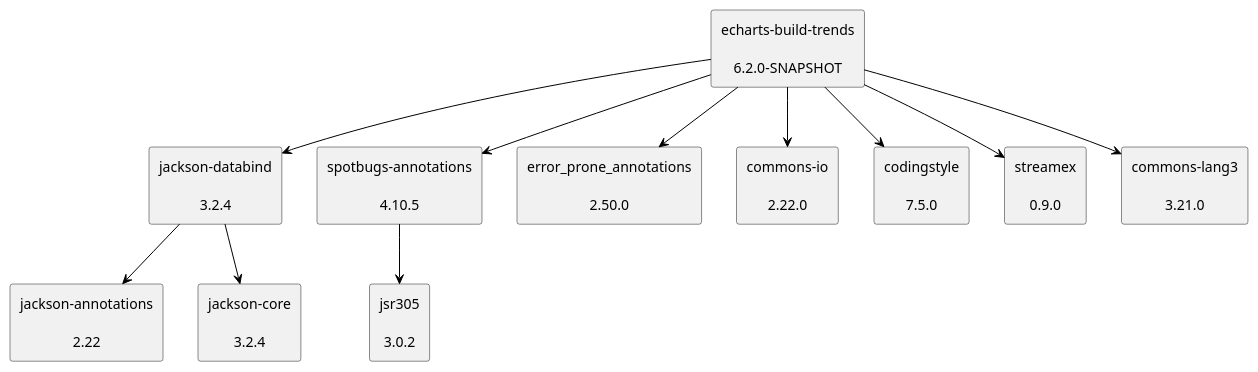
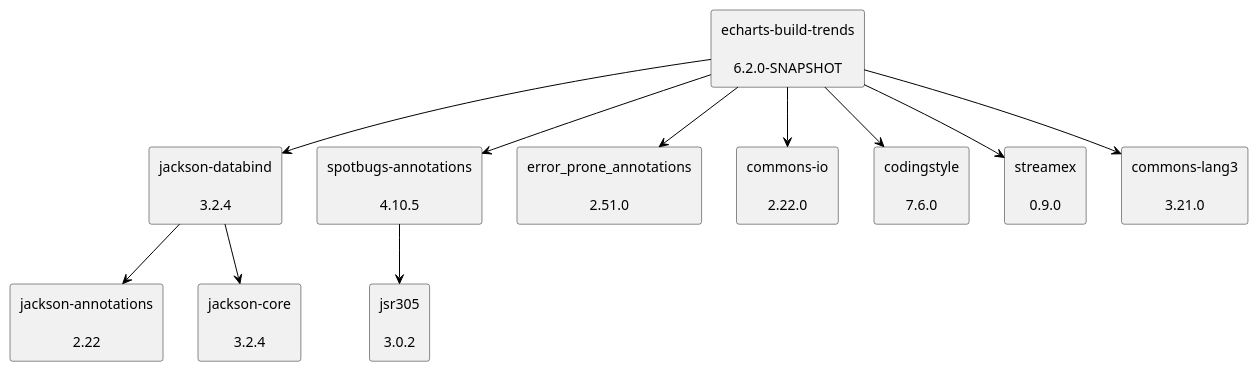
One commit to uhafner/echarts-build-trends changed the diagram in doc/dependency-graph.puml. Above: the diagram before and after it, drawn with PlantUML.

Commit message:
Update dependency graph to latest versions from POM

```diff
--- a/doc/dependency-graph.puml
+++ b/doc/dependency-graph.puml
@@ -1,30 +1,30 @@
 @startuml
 skinparam defaultTextAlignment center
 skinparam rectangle {
   BackgroundColor<<optional>> beige
   BackgroundColor<<test>> lightGreen
   BackgroundColor<<runtime>> lightBlue
   BackgroundColor<<provided>> lightGray
 }
 rectangle "jackson-databind\n\n3.2.4" as tools_jackson_core_jackson_databind_jar
 rectangle "jackson-annotations\n\n2.22" as com_fasterxml_jackson_core_jackson_annotations_jar
 rectangle "jackson-core\n\n3.2.4" as tools_jackson_core_jackson_core_jar
 rectangle "echarts-build-trends\n\n6.2.0-SNAPSHOT" as edu_hm_hafner_echarts_build_trends_jar
 rectangle "spotbugs-annotations\n\n4.10.5" as com_github_spotbugs_spotbugs_annotations_jar
 rectangle "jsr305\n\n3.0.2" as com_google_code_findbugs_jsr305_jar
-rectangle "error_prone_annotations\n\n2.50.0" as com_google_errorprone_error_prone_annotations_jar
+rectangle "error_prone_annotations\n\n2.51.0" as com_google_errorprone_error_prone_annotations_jar
 rectangle "commons-io\n\n2.22.0" as commons_io_commons_io_jar
-rectangle "codingstyle\n\n7.5.0" as edu_hm_hafner_codingstyle_jar
+rectangle "codingstyle\n\n7.6.0" as edu_hm_hafner_codingstyle_jar
 rectangle "streamex\n\n0.9.0" as one_util_streamex_jar
 rectangle "commons-lang3\n\n3.21.0" as org_apache_commons_commons_lang3_jar
 tools_jackson_core_jackson_databind_jar -[#000000]-> com_fasterxml_jackson_core_jackson_annotations_jar
 tools_jackson_core_jackson_databind_jar -[#000000]-> tools_jackson_core_jackson_core_jar
 edu_hm_hafner_echarts_build_trends_jar -[#000000]-> tools_jackson_core_jackson_databind_jar
 com_github_spotbugs_spotbugs_annotations_jar -[#000000]-> com_google_code_findbugs_jsr305_jar
 edu_hm_hafner_echarts_build_trends_jar -[#000000]-> com_github_spotbugs_spotbugs_annotations_jar
 edu_hm_hafner_echarts_build_trends_jar -[#000000]-> com_google_errorprone_error_prone_annotations_jar
 edu_hm_hafner_echarts_build_trends_jar -[#000000]-> commons_io_commons_io_jar
 edu_hm_hafner_echarts_build_trends_jar -[#000000]-> edu_hm_hafner_codingstyle_jar
 edu_hm_hafner_echarts_build_trends_jar -[#000000]-> one_util_streamex_jar
 edu_hm_hafner_echarts_build_trends_jar -[#000000]-> org_apache_commons_commons_lang3_jar
 @enduml
```
